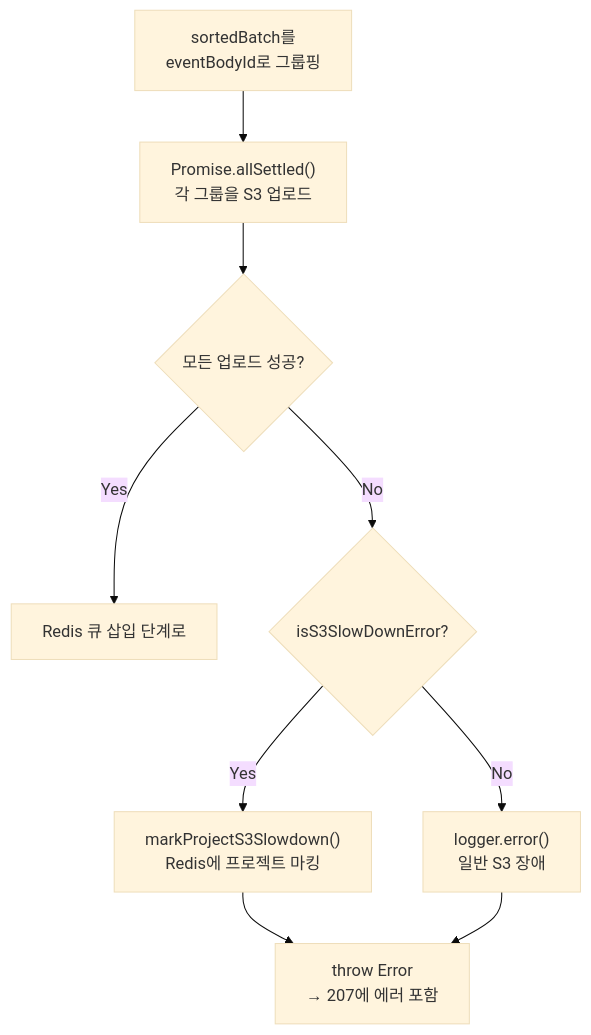
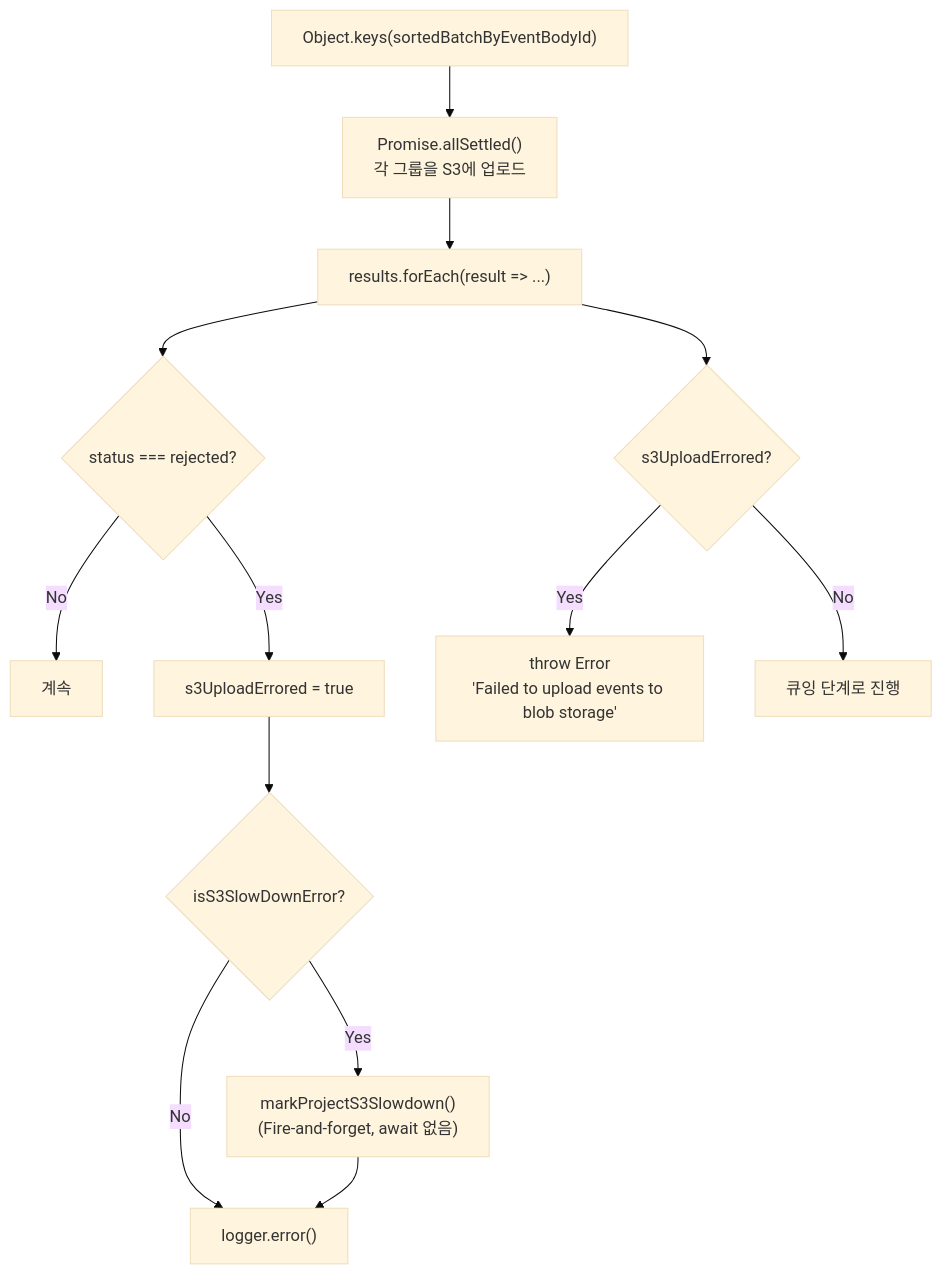
The seventh of 11 diagrams in docs/50-source-analysis/10-ingestion-source-breakdown.md (dhs-shine/langfuse), drawn with Mermaid (base theme) before and after one commit. The commit also changed other lines of this file and 3 other files, not shown here.

````diff
--- a/docs/50-source-analysis/10-ingestion-source-breakdown.md
+++ b/docs/50-source-analysis/10-ingestion-source-breakdown.md
@@ -154,11 +232,17 @@
 ```mermaid
 flowchart TD
-    Start[sortedBatch를<br/>eventBodyId로 그룹핑] --> Upload["Promise.allSettled()<br/>각 그룹을 S3 업로드"]
-    Upload --> Check{모든 업로드 성공?}
-    Check -- Yes --> Enqueue[Redis 큐 삽입 단계로]
-    Check -- No --> IsSlowDown{isS3SlowDownError?}
-    IsSlowDown -- Yes --> Mark["markProjectS3Slowdown()<br/>Redis에 프로젝트 마킹"]
-    Mark --> Abort["throw Error<br/>→ 207에 에러 포함"]
-    IsSlowDown -- No --> LogError["logger.error()<br/>일반 S3 장애"]
-    LogError --> Abort
+    Start["Object.keys(sortedBatchByEventBodyId)"] --> Upload["Promise.allSettled()<br/>각 그룹을 S3에 업로드"]
+
+    Upload --> Iter["results.forEach(result => ...)"]
+    Iter --> Check{status === rejected?}
+    Check -- No --> OK["계속"]
+    Check -- Yes --> SetFlag["s3UploadErrored = true"]
+    SetFlag --> IsSD{isS3SlowDownError?}
+    IsSD -- Yes --> Mark["markProjectS3Slowdown()<br/>(Fire-and-forget, await 없음)"]
+    IsSD -- No --> LogErr["logger.error()"]
+    Mark --> LogErr
+
+    Iter --> Final{s3UploadErrored?}
+    Final -- Yes --> Throw["throw Error<br/>'Failed to upload events to blob storage'"]
+    Final -- No --> Enqueue["큐잉 단계로 진행"]
 ```
````
